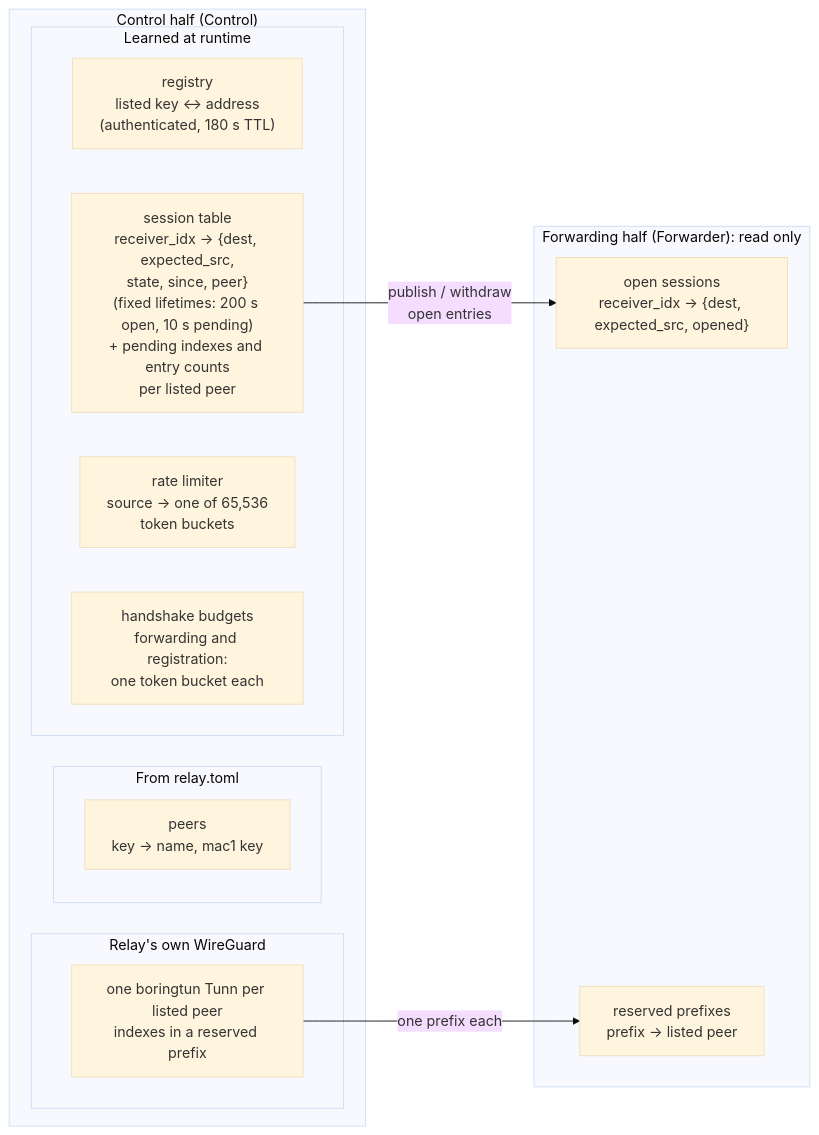
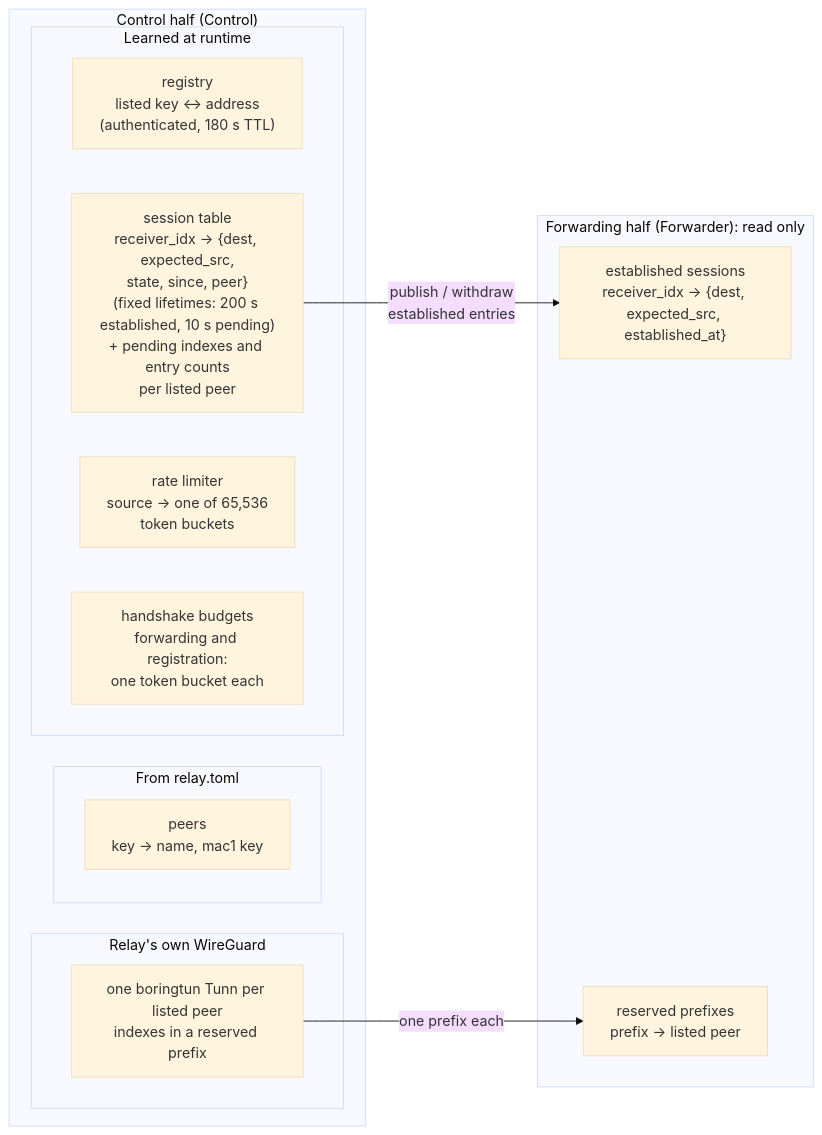
The ninth of 23 diagrams in docs/how-it-works.md (3alpha/wg-relay), drawn with Mermaid (base theme) before and after one commit. The commit also changed other lines of this file and 16 other files, not shown here.

First line of the commit message:
refactor(tables): call the open session state established

````diff
--- a/docs/how-it-works.md
+++ b/docs/how-it-works.md
@@ -343,23 +343,23 @@
 ```mermaid
 flowchart LR
     subgraph fwd["Forwarding half (Forwarder): read only"]
-        OPEN["open sessions<br/>receiver_idx → {dest, expected_src, opened}"]
+        EST["established sessions<br/>receiver_idx → {dest, expected_src, established_at}"]
         RES["reserved prefixes<br/>prefix → listed peer"]
     end
     subgraph ctl["Control half (Control)"]
         subgraph cfg["From relay.toml"]
             P["peers<br/>key → name, mac1 key"]
         end
         subgraph learned_state["Learned at runtime"]
             REG["registry<br/>listed key ↔ address<br/>(authenticated, 180 s TTL)"]
-            SES["session table<br/>receiver_idx → {dest, expected_src,<br/>state, since, peer}<br/>(fixed lifetimes: 200 s open, 10 s pending)<br/>+ pending indexes and entry counts<br/>per listed peer"]
+            SES["session table<br/>receiver_idx → {dest, expected_src,<br/>state, since, peer}<br/>(fixed lifetimes: 200 s established, 10 s pending)<br/>+ pending indexes and entry counts<br/>per listed peer"]
             RL["rate limiter<br/>source → one of 65,536<br/>token buckets"]
             BUD["handshake budgets<br/>forwarding and registration:<br/>one token bucket each"]
         end
         subgraph tunnels["Relay's own WireGuard"]
             T["one boringtun Tunn per listed peer<br/>indexes in a reserved prefix"]
         end
     end
-    SES -- "publish / withdraw<br/>open entries" --> OPEN
+    SES -- "publish / withdraw<br/>established entries" --> EST
     T -- "one prefix each" --> RES
 ```
````
